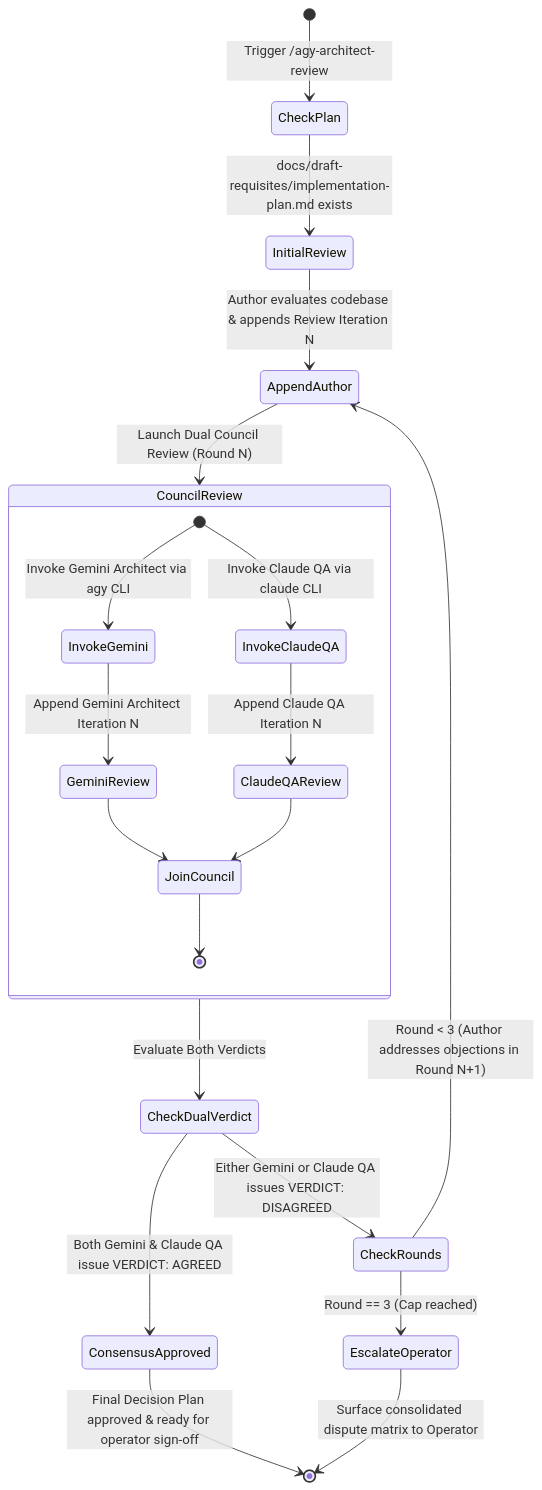
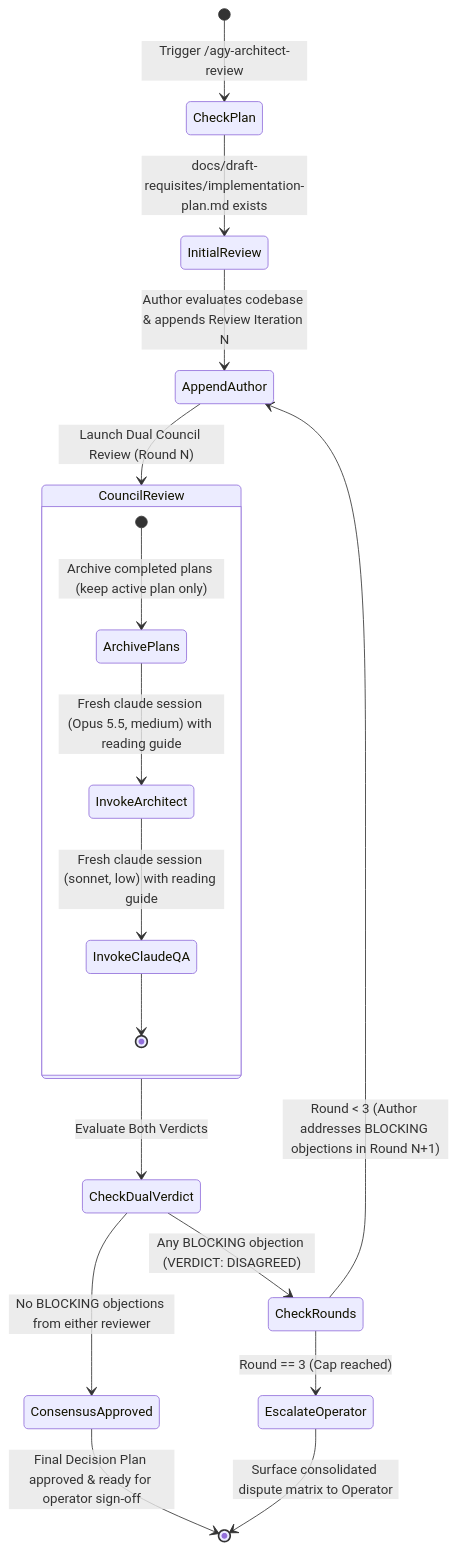
One commit to AntaresAndBharani/graph-engineering changed the diagram in .agents/skills/agy-architect-review/SKILL.md. Above: the diagram before and after it, drawn with Mermaid. The commit also changed other lines of this file and 13 other files, not shown here.

First line of the commit message:
feat(agy-architect-review): cut council token usage and move architect to Opus 5.5

````diff
--- a/.agents/skills/agy-architect-review/SKILL.md
+++ b/.agents/skills/agy-architect-review/SKILL.md
@@ -35,27 +35,24 @@
 ```mermaid
 stateDiagram-v2
     [*] --> CheckPlan: Trigger /agy-architect-review
     CheckPlan --> InitialReview: docs/draft-requisites/implementation-plan.md exists
     InitialReview --> AppendAuthor: Author evaluates codebase & appends Review Iteration N
-    
+
     AppendAuthor --> CouncilReview: Launch Dual Council Review (Round N)
     state CouncilReview {
-        [*] --> InvokeGemini: Invoke Gemini Architect via agy CLI
-        [*] --> InvokeClaudeQA: Invoke Claude QA via claude CLI
-        InvokeGemini --> GeminiReview: Append Gemini Architect Iteration N
-        InvokeClaudeQA --> ClaudeQAReview: Append Claude QA Iteration N
-        GeminiReview --> JoinCouncil
-        ClaudeQAReview --> JoinCouncil
-        JoinCouncil --> [*]
+        [*] --> ArchivePlans: Archive completed plans (keep active plan only)
+        ArchivePlans --> InvokeArchitect: Fresh claude session (Opus 5.5, medium) with reading guide
+        InvokeArchitect --> InvokeClaudeQA: Fresh claude session (sonnet, low) with reading guide
+        InvokeClaudeQA --> [*]
     }
-    
+
     CouncilReview --> CheckDualVerdict: Evaluate Both Verdicts
-    
-    CheckDualVerdict --> ConsensusApproved: Both Gemini & Claude QA issue VERDICT: AGREED
+
+    CheckDualVerdict --> ConsensusApproved: No BLOCKING objections from either reviewer
     ConsensusApproved --> [*]: Final Decision Plan approved & ready for operator sign-off
-    
-    CheckDualVerdict --> CheckRounds: Either Gemini or Claude QA issues VERDICT: DISAGREED
-    CheckRounds --> AppendAuthor: Round < 3 (Author addresses objections in Round N+1)
+
+    CheckDualVerdict --> CheckRounds: Any BLOCKING objection (VERDICT: DISAGREED)
+    CheckRounds --> AppendAuthor: Round < 3 (Author addresses BLOCKING objections in Round N+1)
     CheckRounds --> EscalateOperator: Round == 3 (Cap reached)
     EscalateOperator --> [*]: Surface consolidated dispute matrix to Operator
 ```
````
